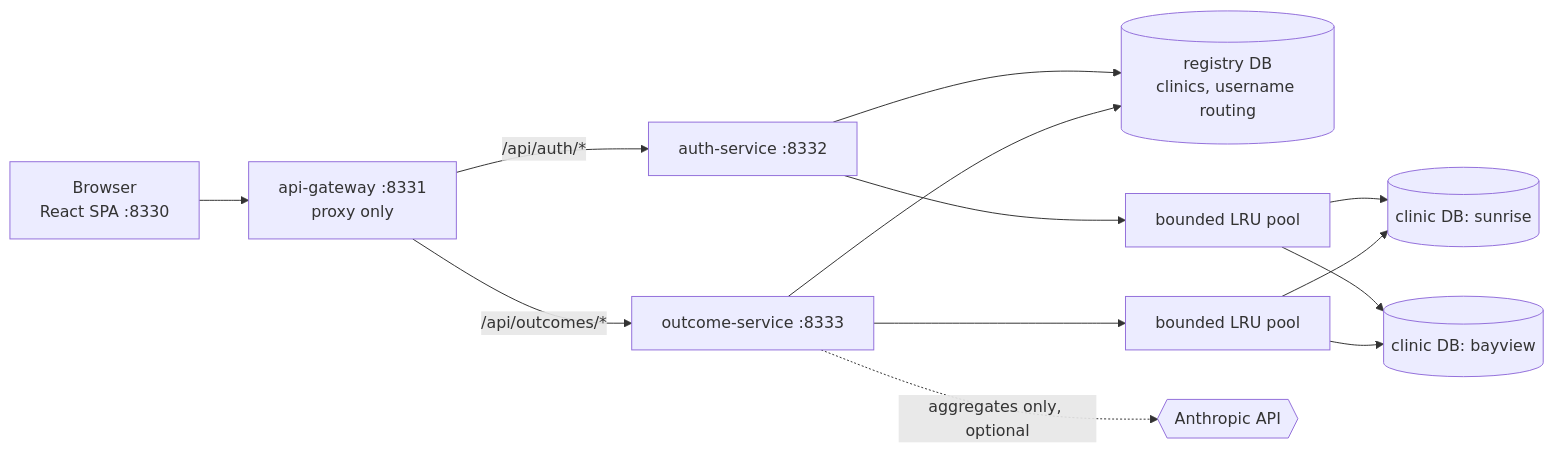
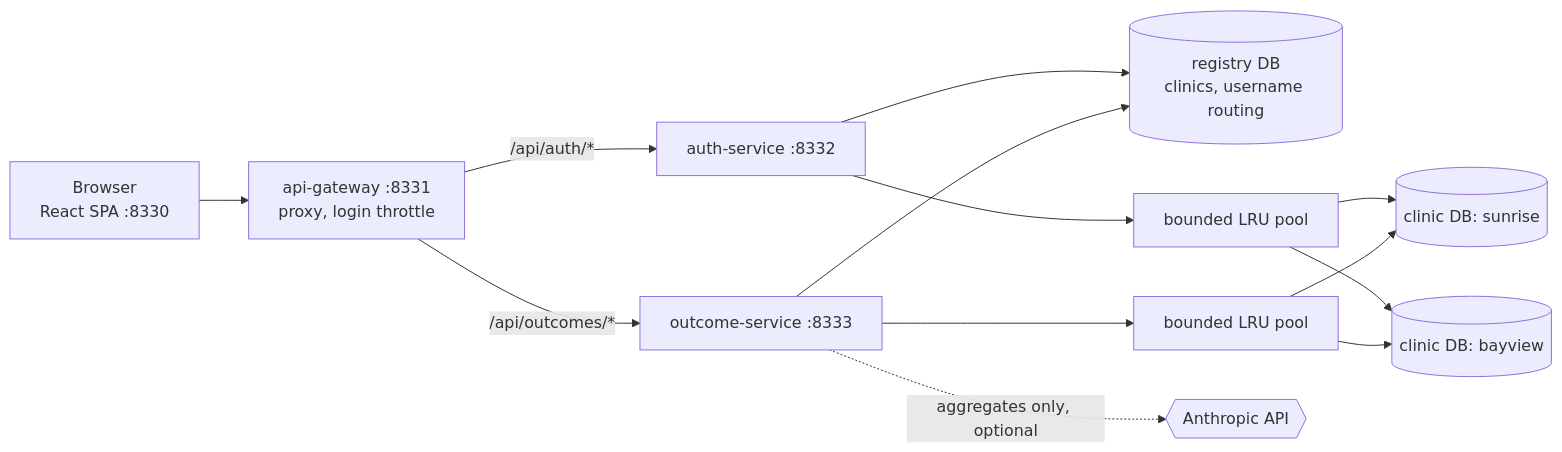
Before and after one commit to alirazawatoo/clinic-outcome-microservices: the first of 2 diagrams in README.md, drawn with Mermaid. The commit also changed other lines of this file and 8 other files, not shown here.

````diff
--- a/README.md
+++ b/README.md
@@ -37,15 +40,15 @@
 ```mermaid
 flowchart LR
-    B["Browser<br/>React SPA :8330"] --> G["api-gateway :8331<br/>proxy only"]
+    B["Browser<br/>React SPA :8330"] --> G["api-gateway :8331<br/>proxy, login throttle"]
     G -->|"/api/auth/*"| A["auth-service :8332"]
     G -->|"/api/outcomes/*"| O["outcome-service :8333"]
     A --> R[("registry DB<br/>clinics, username routing")]
     O --> R
     A --> P1["bounded LRU pool"]
     O --> P2["bounded LRU pool"]
     P1 --> S[("clinic DB: sunrise")]
     P1 --> Y[("clinic DB: bayview")]
     P2 --> S
     P2 --> Y
     O -.->|"aggregates only, optional"| C{{"Anthropic API"}}
 ```
````
